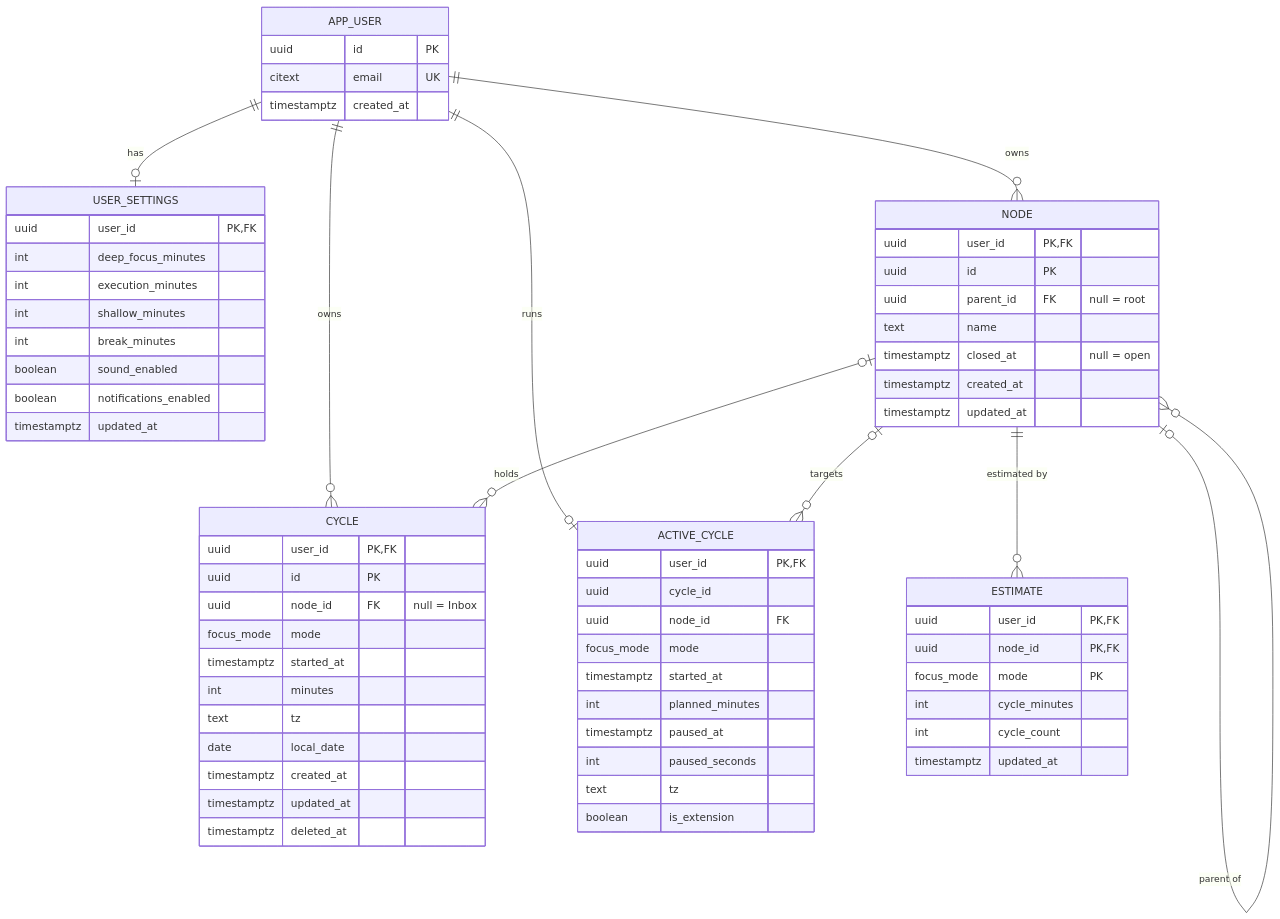
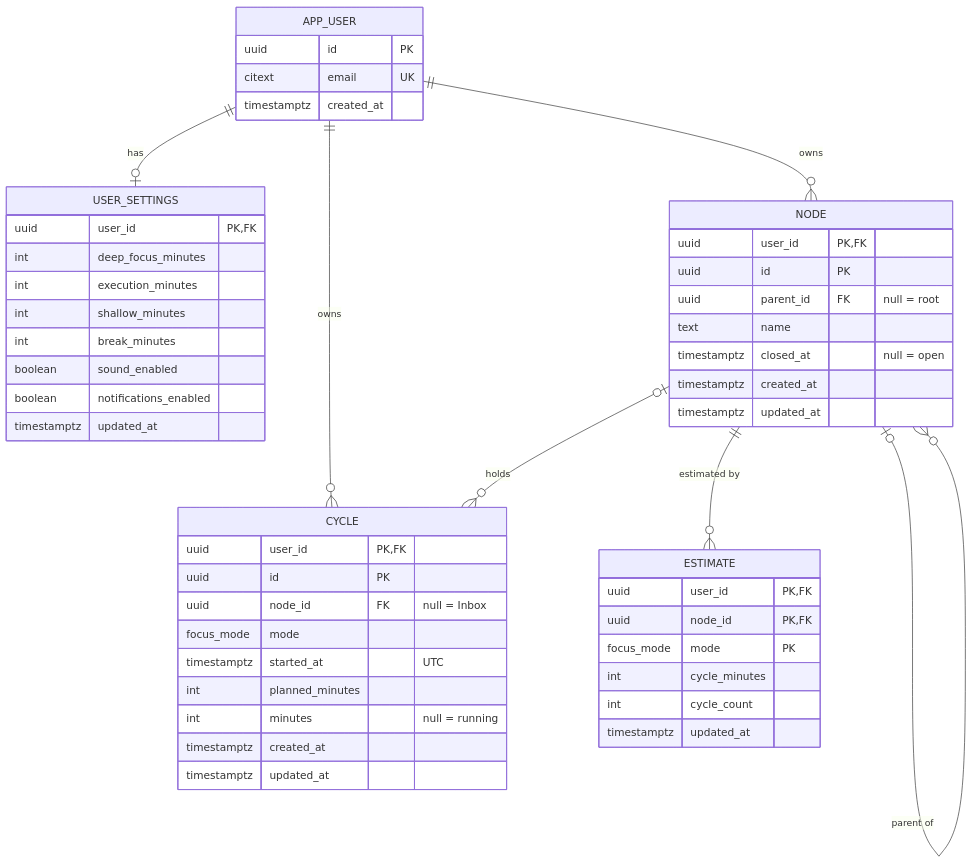
Before and after one commit to SaumyaKarnwal/focus-ledger: the first of 2 diagrams in docs/schema.md, drawn with Mermaid. The commit also changed other lines of this file, not shown here.

First line of the commit message:
docs: one cycle table, UTC only, no cycle delete, planned minutes

````diff
--- a/docs/schema.md
+++ b/docs/schema.md
@@ -19,69 +38,53 @@
 ```mermaid
 erDiagram
     APP_USER ||--o| USER_SETTINGS : "has"
     APP_USER ||--o{ NODE : "owns"
     APP_USER ||--o{ CYCLE : "owns"
-    APP_USER ||--o| ACTIVE_CYCLE : "runs"
     NODE |o--o{ NODE : "parent of"
     NODE |o--o{ CYCLE : "holds"
     NODE ||--o{ ESTIMATE : "estimated by"
-    NODE |o--o{ ACTIVE_CYCLE : "targets"
 
     APP_USER {
         uuid id PK
         citext email UK
         timestamptz created_at
     }
     USER_SETTINGS {
         uuid user_id PK, FK
         int deep_focus_minutes
         int execution_minutes
         int shallow_minutes
         int break_minutes
         boolean sound_enabled
         boolean notifications_enabled
         timestamptz updated_at
     }
     NODE {
         uuid user_id PK, FK
         uuid id PK
         uuid parent_id FK "null = root"
         text name
         timestamptz closed_at "null = open"
         timestamptz created_at
         timestamptz updated_at
     }
     CYCLE {
         uuid user_id PK, FK
         uuid id PK
         uuid node_id FK "null = Inbox"
         focus_mode mode
-        timestamptz started_at
-        int minutes
-        text tz
-        date local_date
+        timestamptz started_at "UTC"
+        int planned_minutes
+        int minutes "null = running"
         timestamptz created_at
         timestamptz updated_at
-        timestamptz deleted_at
     }
     ESTIMATE {
         uuid user_id PK, FK
         uuid node_id PK, FK
         focus_mode mode PK
         int cycle_minutes
         int cycle_count
         timestamptz updated_at
     }
-    ACTIVE_CYCLE {
-        uuid user_id PK, FK
-        uuid cycle_id
-        uuid node_id FK
-        focus_mode mode
-        timestamptz started_at
-        int planned_minutes
-        timestamptz paused_at
-        int paused_seconds
-        text tz
-        boolean is_extension
-    }
 ```
````
